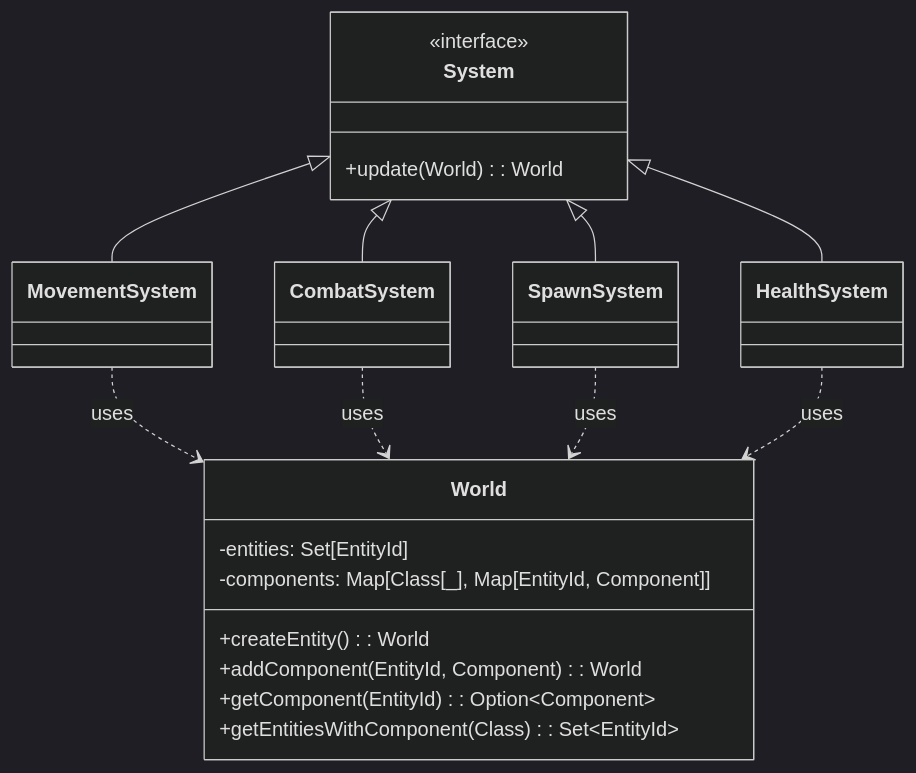
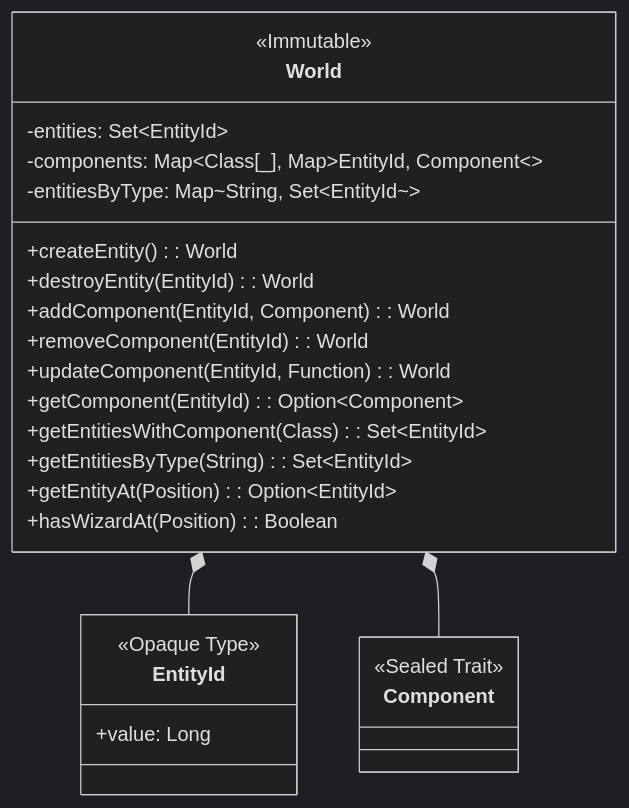
The first of 7 diagrams in docs/report/4-Design_di_dettaglio.md (giacomofoschii/PPS-24-WvT), drawn with Mermaid (dark theme) before and after one commit. The commit also changed other lines of this file, not shown here.

Commit message:
[DOC] Revise design document to clarify project architecture and component responsibilities

````diff
--- a/docs/report/4-Design_di_dettaglio.md
+++ b/docs/report/4-Design_di_dettaglio.md
@@ -90,29 +43,28 @@
 ```mermaid
 classDiagram
     class World {
-        -entities: Set[EntityId]
-        -components: Map[Class[_], Map[EntityId, Component]]
+        <<Immutable>>
+        -entities: Set~EntityId~
+        -components: Map~Class[_], Map~EntityId, Component~~
+        -entitiesByType: Map~String, Set~EntityId~~
         +createEntity(): World
+        +destroyEntity(EntityId): World
         +addComponent(EntityId, Component): World
+        +removeComponent(EntityId): World
+        +updateComponent(EntityId, Function): World
         +getComponent(EntityId): Option~Component~
         +getEntitiesWithComponent(Class): Set~EntityId~
+        +getEntitiesByType(String): Set~EntityId~
+        +getEntityAt(Position): Option~EntityId~
+        +hasWizardAt(Position): Boolean
     }
-    class System {
-        <<interface>>
-        +update(World): World
+    class EntityId {
+        <<Opaque Type>>
+        +value: Long
     }
-    class MovementSystem
-    class CombatSystem
-    class SpawnSystem
-    class HealthSystem
-
-    System <|-- MovementSystem
-    System <|-- CombatSystem
-    System <|-- SpawnSystem
-    System <|-- HealthSystem
-
-    MovementSystem ..> World : uses
-    CombatSystem ..> World : uses
-    SpawnSystem ..> World : uses
-    HealthSystem ..> World : uses
+    class Component {
+        <<Sealed Trait>>
+    }
+    World *-- EntityId
+    World *-- Component
 ```
````
